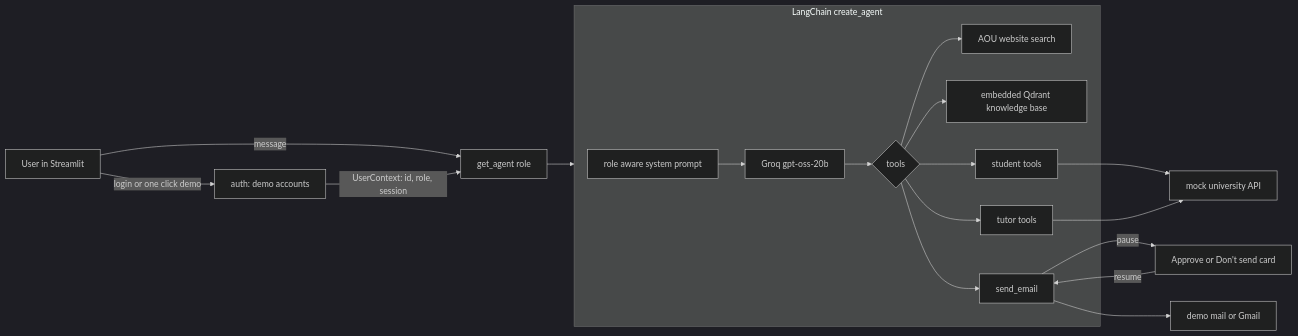
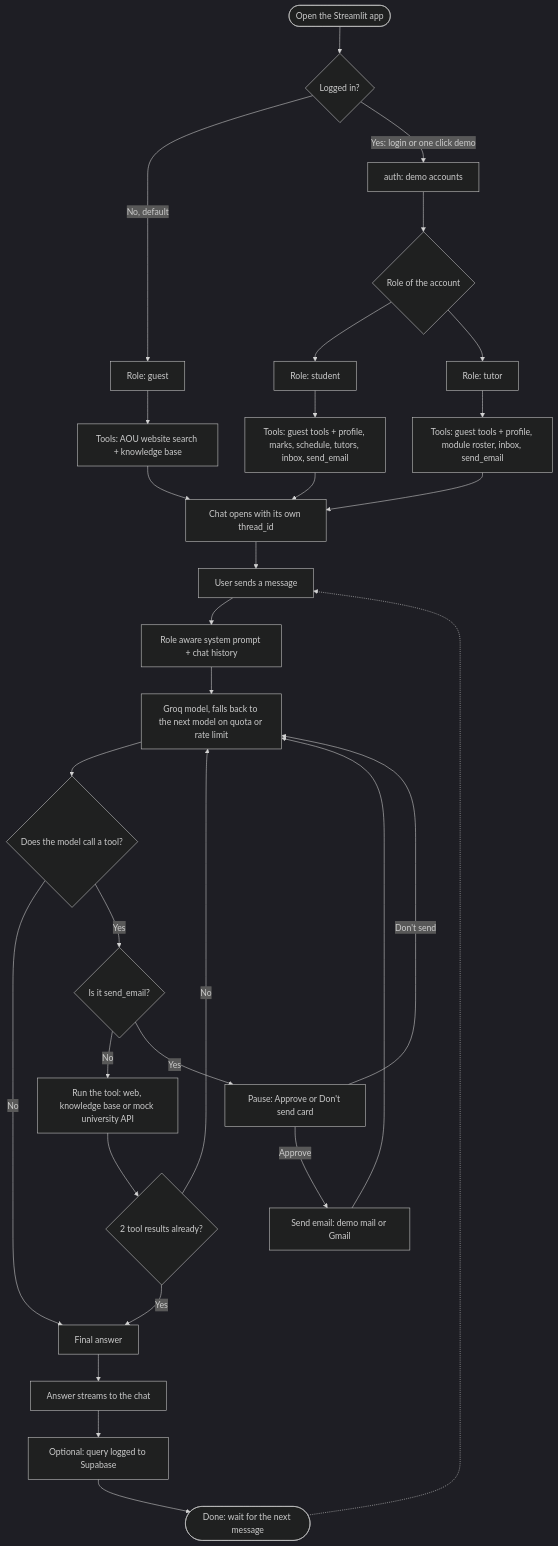
One commit to Astroa7m/AOUNet changed the diagram in README.md. Above: the diagram before and after it, drawn with Mermaid (dark theme).

Commit message:
Redraw the README flow: login, role, tools, message flow, answer, done

````diff
--- a/README.md
+++ b/README.md
@@ -82,21 +82,37 @@
 ```mermaid
-flowchart LR
-    U[User in Streamlit] -->|login or one click demo| A[auth: demo accounts]
-    U -->|message| G[get_agent role]
-    A -->|UserContext: id, role, session| G
-    subgraph Agent [LangChain create_agent]
-        P[role aware system prompt] --> M[Groq gpt-oss-20b]
-        M --> T{tools}
-        T --> W[AOU website search]
-        T --> K[embedded Qdrant knowledge base]
-        T --> S[student tools]
-        T --> R[tutor tools]
-        T --> E[send_email]
-    end
-    G --> Agent
-    S --> API[mock university API]
-    R --> API
-    E -->|pause| H[Approve or Don't send card]
-    H -->|resume| E
-    E --> O[demo mail or Gmail]
+flowchart TD
+    A([Open the Streamlit app]) --> B{Logged in?}
+    B -->|No, default| G[Role: guest]
+    B -->|Yes: login or one click demo| L[auth: demo accounts]
+    L --> R{Role of the account}
+    R --> S[Role: student]
+    R --> T[Role: tutor]
+
+    G --> GT["Tools: AOU website search + knowledge base"]
+    S --> ST["Tools: guest tools + profile, marks, schedule, tutors, inbox, send_email"]
+    T --> TT["Tools: guest tools + profile, module roster, inbox, send_email"]
+
+    GT --> C[Chat opens with its own thread_id]
+    ST --> C
+    TT --> C
+
+    C --> M1[User sends a message]
+    M1 --> P[Role aware system prompt + chat history]
+    P --> LLM[Groq model, falls back to the next model on quota or rate limit]
+    LLM --> D{Does the model call a tool?}
+    D -->|No| ANS[Final answer]
+    D -->|Yes| E{Is it send_email?}
+    E -->|No| TOOL[Run the tool: web, knowledge base or mock university API]
+    E -->|Yes| H[Pause: Approve or Don't send card]
+    H -->|Approve| MAIL[Send email: demo mail or Gmail]
+    H -->|Don't send| LLM
+    MAIL --> LLM
+    TOOL --> CAP{2 tool results already?}
+    CAP -->|No| LLM
+    CAP -->|Yes| ANS
+
+    ANS --> STR[Answer streams to the chat]
+    STR --> LOG[Optional: query logged to Supabase]
+    LOG --> DONE([Done: wait for the next message])
+    DONE -.-> M1
 ```
````
